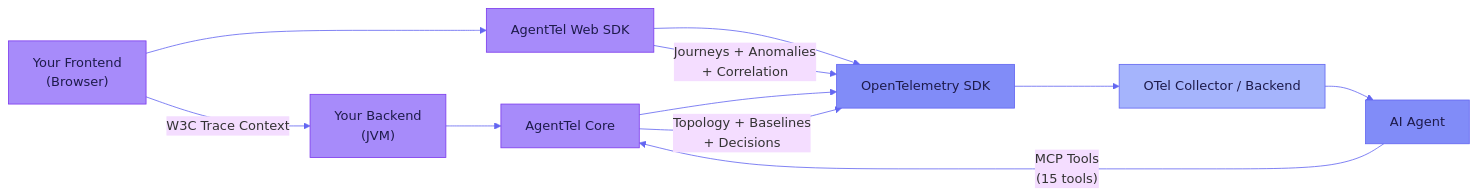
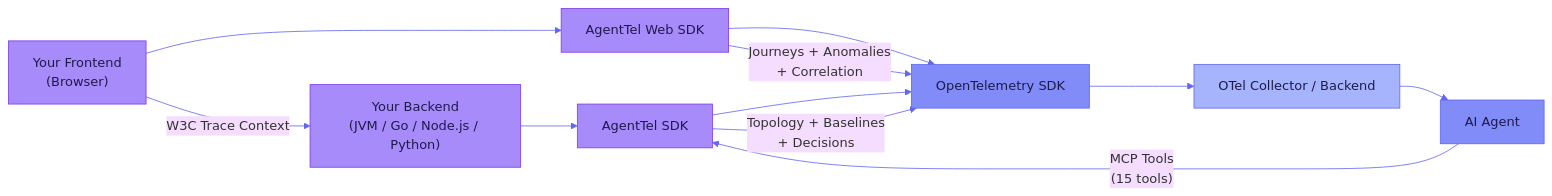
Before and after one commit to rrohitramsen/AgentTel: the first of 2 diagrams in docs/index.md, drawn with Mermaid. The commit also changed other lines of this file and 7 other files, not shown here.

````diff
--- a/docs/index.md
+++ b/docs/index.md
@@ -59,23 +59,23 @@
 ```mermaid
 %%{init: {'theme': 'base', 'themeVariables': {'lineColor': '#6366f1'}}}%%
 graph LR
-    B1["Your Backend<br/>(JVM)"] --> AT1["AgentTel Core"]
+    B1["Your Backend<br/>(JVM / Go / Node.js / Python)"] --> AT1["AgentTel SDK"]
     B2["Your Frontend<br/>(Browser)"] --> AT2["AgentTel Web SDK"]
     AT1 --> C["OpenTelemetry SDK"]
     AT2 --> C
     C --> D["OTel Collector / Backend"]
     D --> E["AI Agent"]
 
     AT1 -->|"Topology + Baselines<br/>+ Decisions"| C
     AT2 -->|"Journeys + Anomalies<br/>+ Correlation"| C
     E -->|"MCP Tools<br/>(15 tools)"| AT1
     B2 -->|"W3C Trace Context"| B1
 
     style B1 fill:#a78bfa,stroke:#7c3aed,color:#1e1b4b
     style B2 fill:#a78bfa,stroke:#7c3aed,color:#1e1b4b
     style AT1 fill:#a78bfa,stroke:#7c3aed,color:#1e1b4b
     style AT2 fill:#a78bfa,stroke:#7c3aed,color:#1e1b4b
     style C fill:#818cf8,stroke:#6366f1,color:#1e1b4b
     style D fill:#a5b4fc,stroke:#6366f1,color:#1e1b4b
     style E fill:#818cf8,stroke:#6366f1,color:#1e1b4b
 ```
````
